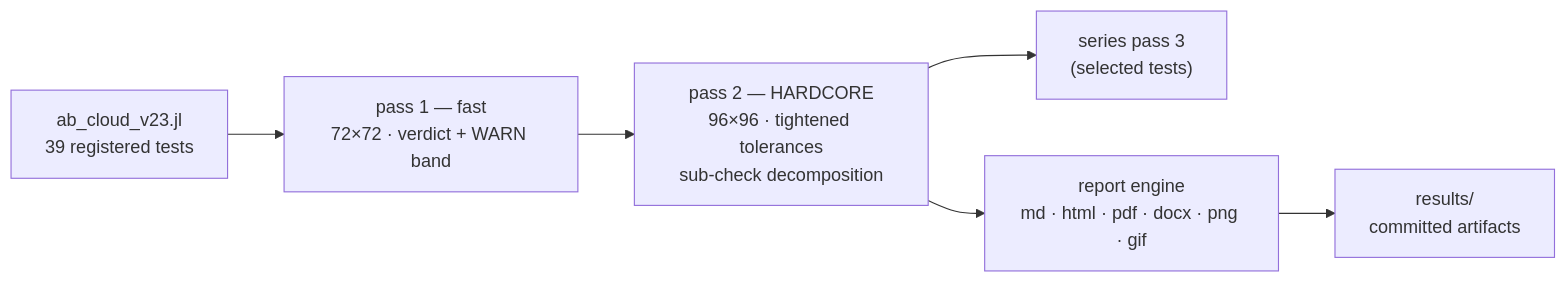
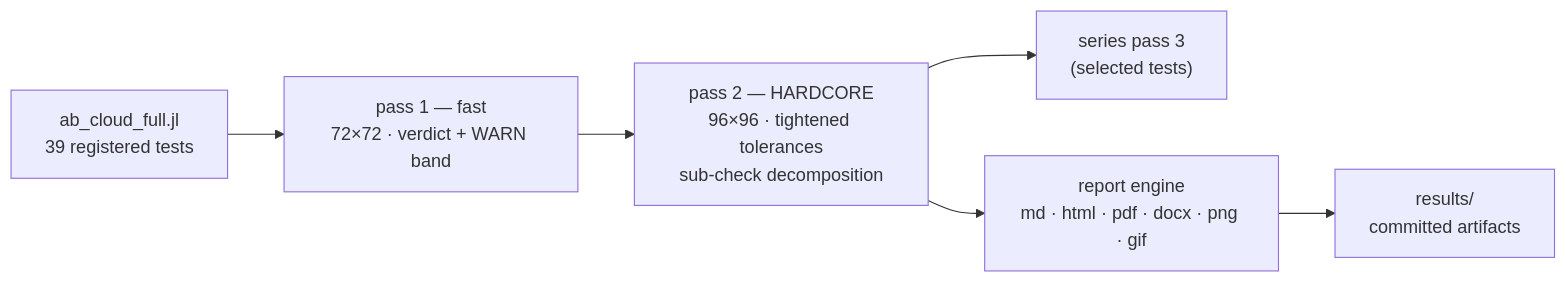
Before and after one commit to wild8highlander/ab-cloud-research: the diagram in code/README.md, drawn with Mermaid. The commit also changed other lines of this file and 15 other files, not shown here.

````diff
--- a/code/README.md
+++ b/code/README.md
@@ -125,8 +125,8 @@
 ```mermaid
 flowchart LR
-    S["ab_cloud_v23.jl<br/>39 registered tests"] --> P1["pass 1 — fast<br/>72×72 · verdict + WARN band"]
+    S["ab_cloud_full.jl<br/>39 registered tests"] --> P1["pass 1 — fast<br/>72×72 · verdict + WARN band"]
     P1 --> P2["pass 2 — HARDCORE<br/>96×96 · tightened tolerances<br/>sub-check decomposition"]
     P2 --> P3["series pass 3<br/>(selected tests)"]
     P2 --> R["report engine<br/>md · html · pdf · docx · png · gif"]
     R --> A["results/<br/>committed artifacts"]
 ```
````
